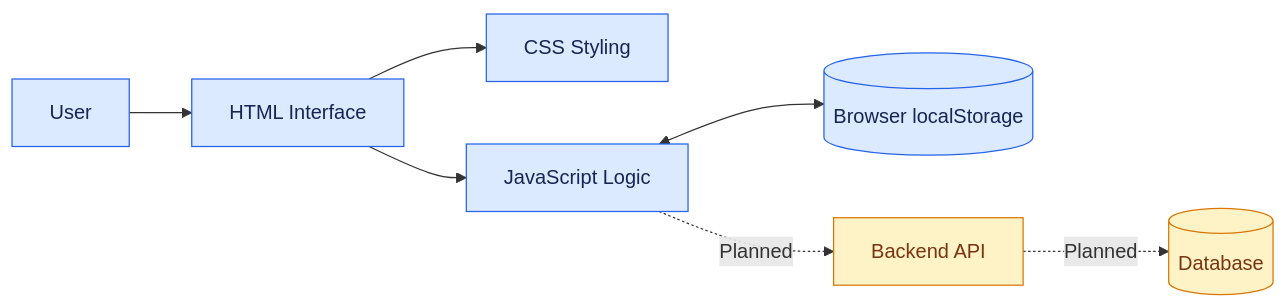
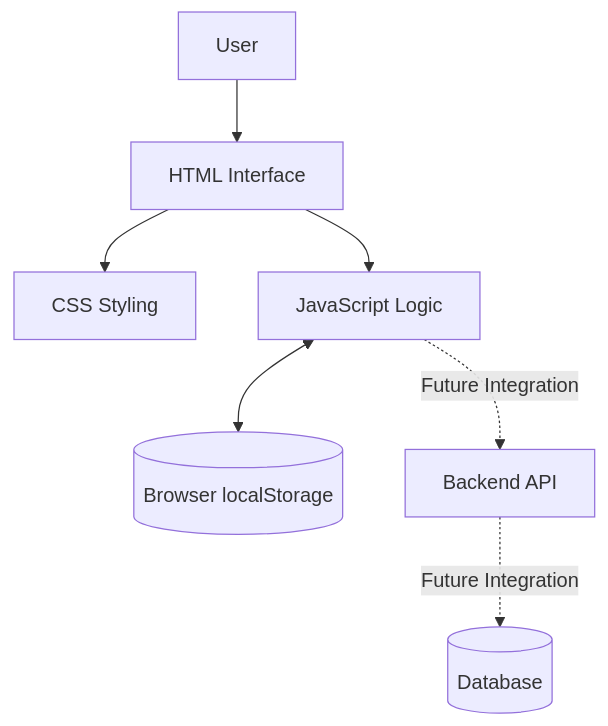
One commit to devyaniraghatate/smart-judicial-management-system- changed the second of 2 diagrams in README.md. Above: the diagram before and after it, drawn with Mermaid. The commit also changed other lines of this file, not shown here.

````diff
--- a/README.md
+++ b/README.md
@@ -90,16 +92,10 @@
 ```mermaid
-flowchart LR
-    U[User] --> UI[HTML Interface]
-    UI --> CSS[CSS Styling]
-    UI --> JS[JavaScript Logic]
-    JS <--> LS[(Browser localStorage)]
+flowchart TD
+    A[User] --> B[HTML Interface]
+    B --> C[CSS Styling]
+    B --> D[JavaScript Logic]
+    D <--> E[(Browser localStorage)]
 
-    JS -. Planned .-> BE[Backend API]
-    BE -. Planned .-> DB[(Database)]
-
-    classDef current fill:#dbeafe,stroke:#2563eb,color:#172554
-    classDef future fill:#fef3c7,stroke:#d97706,color:#78350f
-
-    class U,UI,CSS,JS,LS current
-    class BE,DB future
+    D -. Future Integration .-> F[Backend API]
+    F -. Future Integration .-> G[(Database)]
 ```
````
